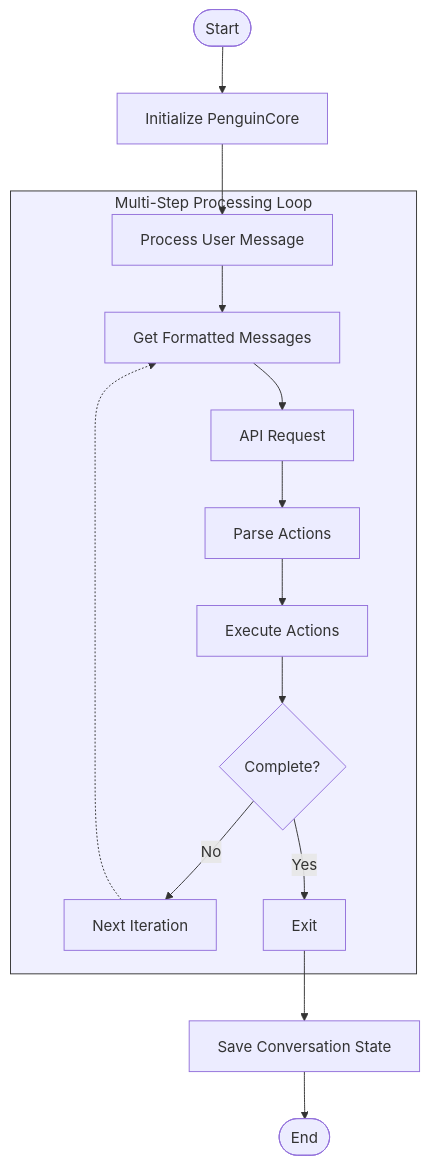
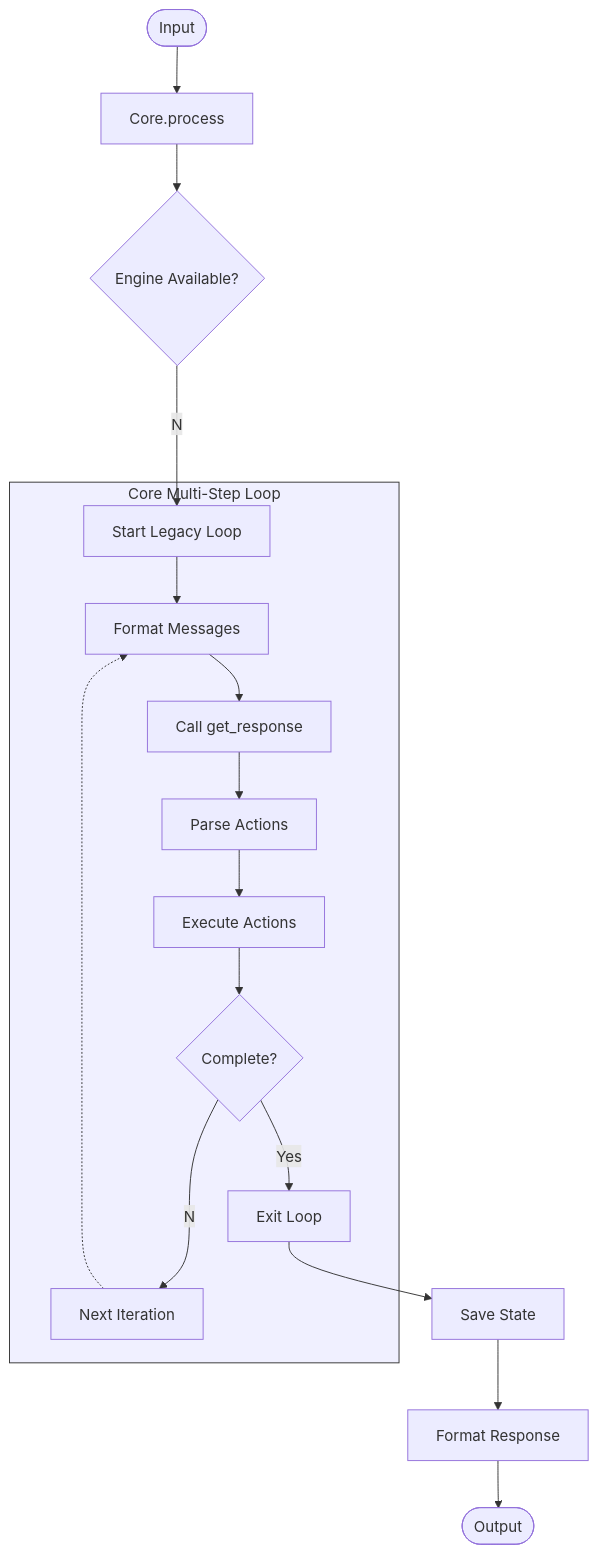
The third of 3 diagrams in docs/docs/api_reference/core.md (Maximooch/penguin), drawn with Mermaid before and after one commit. The commit also changed other lines of this file and 3 other files, not shown here.

````diff
--- a/docs/docs/api_reference/core.md
+++ b/docs/docs/api_reference/core.md
@@ -68,21 +100,23 @@
 ```mermaid
 flowchart TD
-    Start([Start]) --> Initialize[Initialize PenguinCore]
-    Initialize --> Process[Process User Message]
-    
-    subgraph MultiStep["Multi-Step Processing Loop"]
-        Process --> FormatMessages[Get Formatted Messages]
-        FormatMessages --> APIRequest[API Request]
-        APIRequest --> ParseActions[Parse Actions]
-        ParseActions --> ExecuteActions[Execute Actions]
-        ExecuteActions --> CheckCompletion{Complete?}
-        CheckCompletion -- No --> NextIteration[Next Iteration]
-        NextIteration -.-> FormatMessages
-        CheckCompletion -- Yes --> Exit
+    Start([Input])-->CoreProcess[Core.process]
+    CoreProcess-->CheckEngine{Engine Available?}
+    CheckEngine--No-->StartLegacyLoop[Start Legacy Loop]
+
+    subgraph LegacyLoop[Core Multi-Step Loop]
+        StartLegacyLoop-->FormatMessages[Format Messages]
+        FormatMessages-->CallGetResponse[Call get_response]
+        CallGetResponse-->ParseActions[Parse Actions]
+        ParseActions-->ExecuteActions[Execute Actions]
+        ExecuteActions-->CheckCompletion{Complete?}
+        CheckCompletion--No-->NextIteration[Next Iteration]
+        NextIteration-.->FormatMessages
+        CheckCompletion--Yes-->ExitLegacyLoop[Exit Loop]
     end
-    
-    Exit --> SaveState[Save Conversation State]
-    SaveState --> End([End])
-    
-    style MultiStep fill:#f0f0ff,stroke:#333,stroke-width:1px
+
+    ExitLegacyLoop-->SaveState[Save State]
+    SaveState-->FormatResponse[Format Response]
+    FormatResponse-->End([Output])
+
+    style LegacyLoop fill:#f0f0ff,stroke:#333,stroke-width:1px
 ```
````
